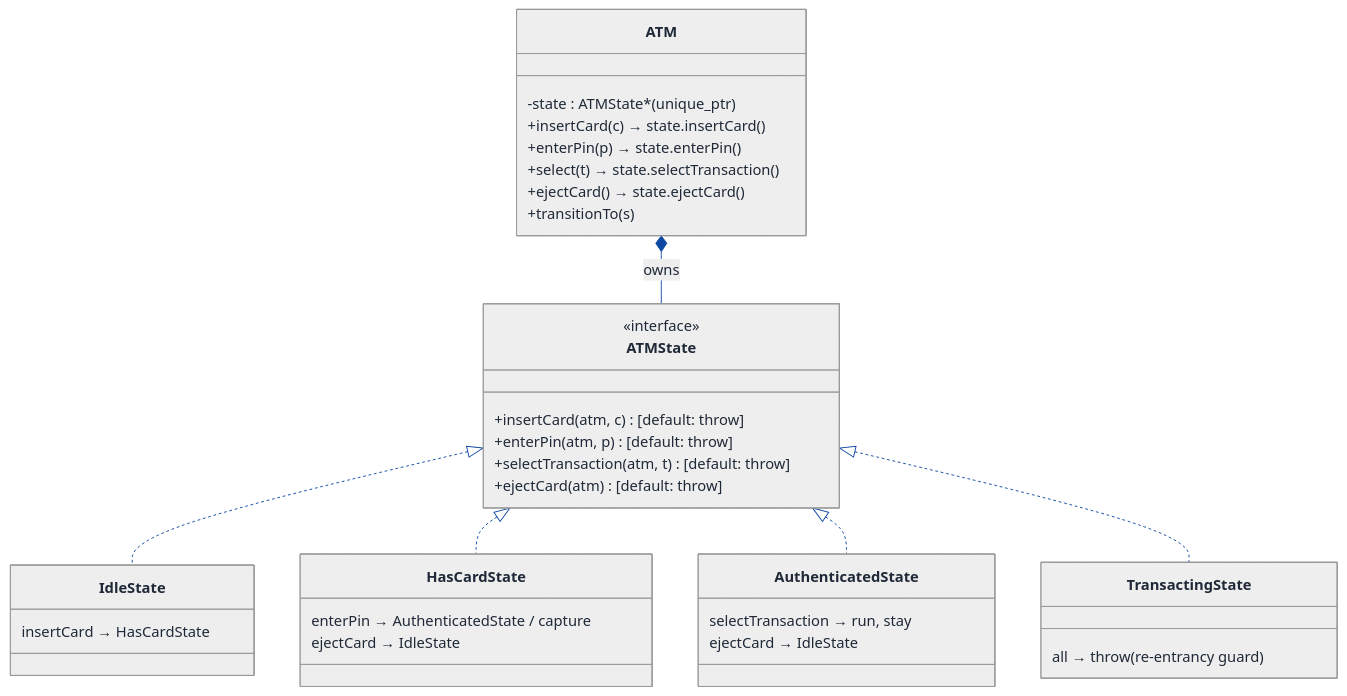
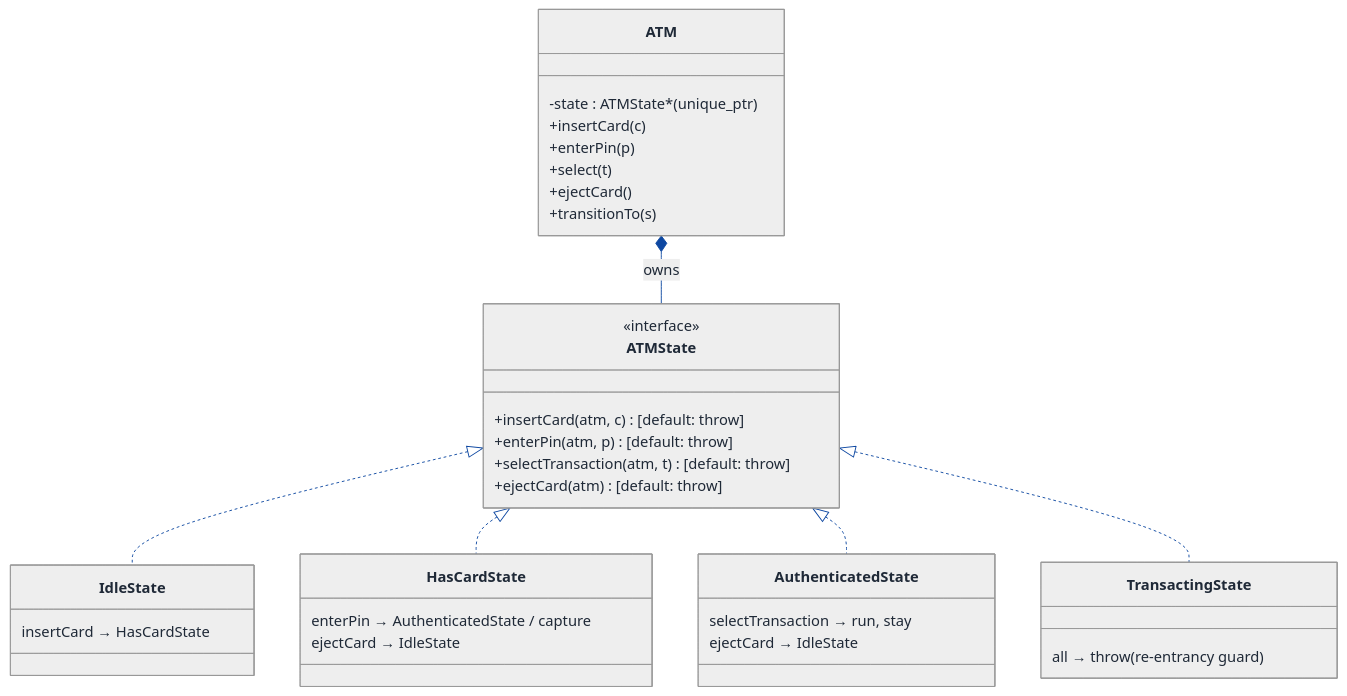
Before and after one commit to Prateek-5/question-bank: the second of 7 diagrams in LLD/Topics/State_Pattern/ATM_Machine.md, drawn with Mermaid. The commit also changed 61 other files, not shown here.

First line of the commit message:
Fix invalid mermaid classDiagram member syntax across LLD walkthroughs

````diff
--- a/LLD/Topics/State_Pattern/ATM_Machine.md
+++ b/LLD/Topics/State_Pattern/ATM_Machine.md
@@ -425,70 +425,70 @@
 ```mermaid
 ---
 config:
   theme: neutral
   themeVariables:
     background: '#ffffff'
     primaryColor: '#cfe2ff'
     primaryTextColor: '#1f2937'
     primaryBorderColor: '#084298'
     secondaryColor: '#fff3cd'
     secondaryTextColor: '#1f2937'
     secondaryBorderColor: '#664d03'
     tertiaryColor: '#d1e7dd'
     tertiaryTextColor: '#1f2937'
     tertiaryBorderColor: '#0a3622'
     lineColor: '#0d47a1'
     textColor: '#1f2937'
     noteBkgColor: '#fff3cd'
     noteTextColor: '#1f2937'
     noteBorderColor: '#997404'
     actorBkg: '#cfe2ff'
     actorBorder: '#084298'
     actorTextColor: '#1f2937'
     signalColor: '#0d47a1'
     signalTextColor: '#1f2937'
     labelBoxBkgColor: '#ffffff'
     labelBoxBorderColor: '#d3d3d3'
     labelTextColor: '#1f2937'
     edgeLabelBackground: '#ffffff'
     labelBackground: '#ffffff'
     classText: '#1f2937'
     fontFamily: 'system-ui, -apple-system, Segoe UI, Helvetica, Arial, sans-serif'
 ---
 classDiagram
   direction TB
   class ATM {
     -state : ATMState* (unique_ptr)
-    +insertCard(c) → state.insertCard()
-    +enterPin(p)   → state.enterPin()
-    +select(t)     → state.selectTransaction()
-    +ejectCard()   → state.ejectCard()
+    +insertCard(c)
+    +enterPin(p)
+    +select(t)
+    +ejectCard()
     +transitionTo(s)
   }
   class ATMState {
     <<interface>>
     +insertCard(atm, c) [default: throw]
     +enterPin(atm, p)   [default: throw]
     +selectTransaction(atm, t) [default: throw]
     +ejectCard(atm)     [default: throw]
   }
   class IdleState {
     insertCard → HasCardState
   }
   class HasCardState {
     enterPin → AuthenticatedState / capture
     ejectCard → IdleState
   }
   class AuthenticatedState {
     selectTransaction → run, stay
     ejectCard → IdleState
   }
   class TransactingState {
     all → throw (re-entrancy guard)
   }
   ATM *-- ATMState : owns
   ATMState <|.. IdleState
   ATMState <|.. HasCardState
   ATMState <|.. AuthenticatedState
   ATMState <|.. TransactingState
 ```
````
